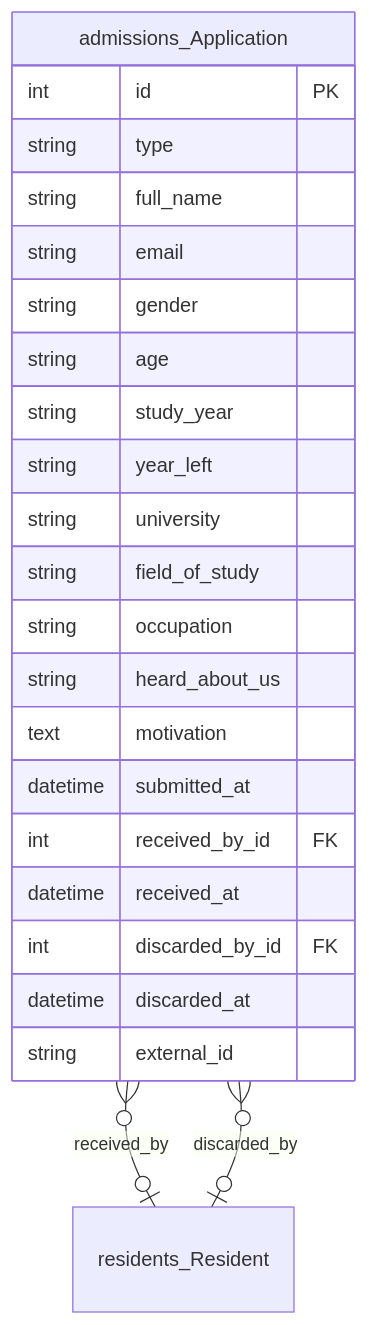
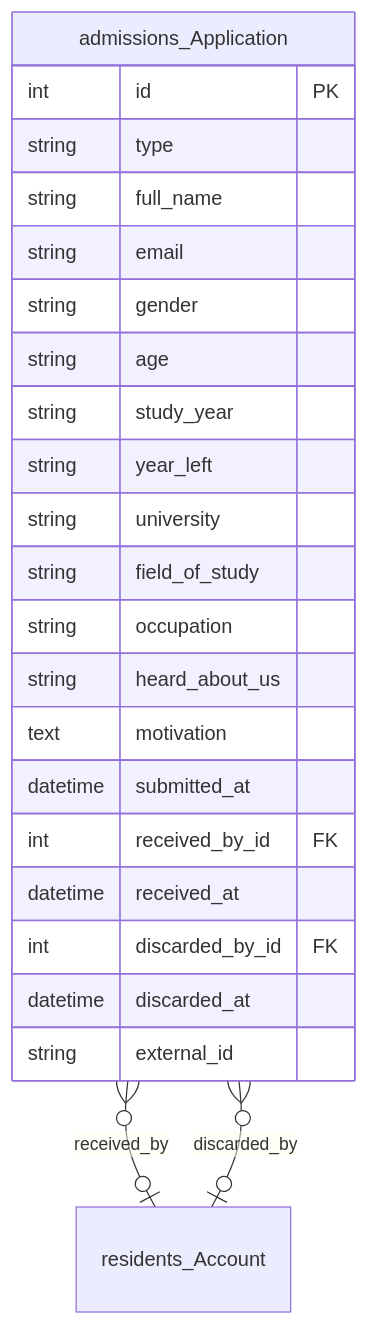
Before and after one commit to GAHK-org/gahk_intern: the second of 18 diagrams in docs/erd.md, drawn with Mermaid. The commit also changed other lines of this file and 148 other files, not shown here.

````diff
--- a/docs/erd.md
+++ b/docs/erd.md
@@ -1145,29 +1159,29 @@
 ```mermaid
 erDiagram
     admissions_Application {
         int id PK
         string type
         string full_name
         string email
         string gender
         string age
         string study_year
         string year_left
         string university
         string field_of_study
         string occupation
         string heard_about_us
         text motivation
         datetime submitted_at
         int received_by_id FK
         datetime received_at
         int discarded_by_id FK
         datetime discarded_at
         string external_id
     }
 
-    residents_Resident { }
+    residents_Account { }
 
-    admissions_Application }o--|o residents_Resident : "received_by"
-    admissions_Application }o--|o residents_Resident : "discarded_by"
+    admissions_Application }o--|o residents_Account : "received_by"
+    admissions_Application }o--|o residents_Account : "discarded_by"
 ```
````
